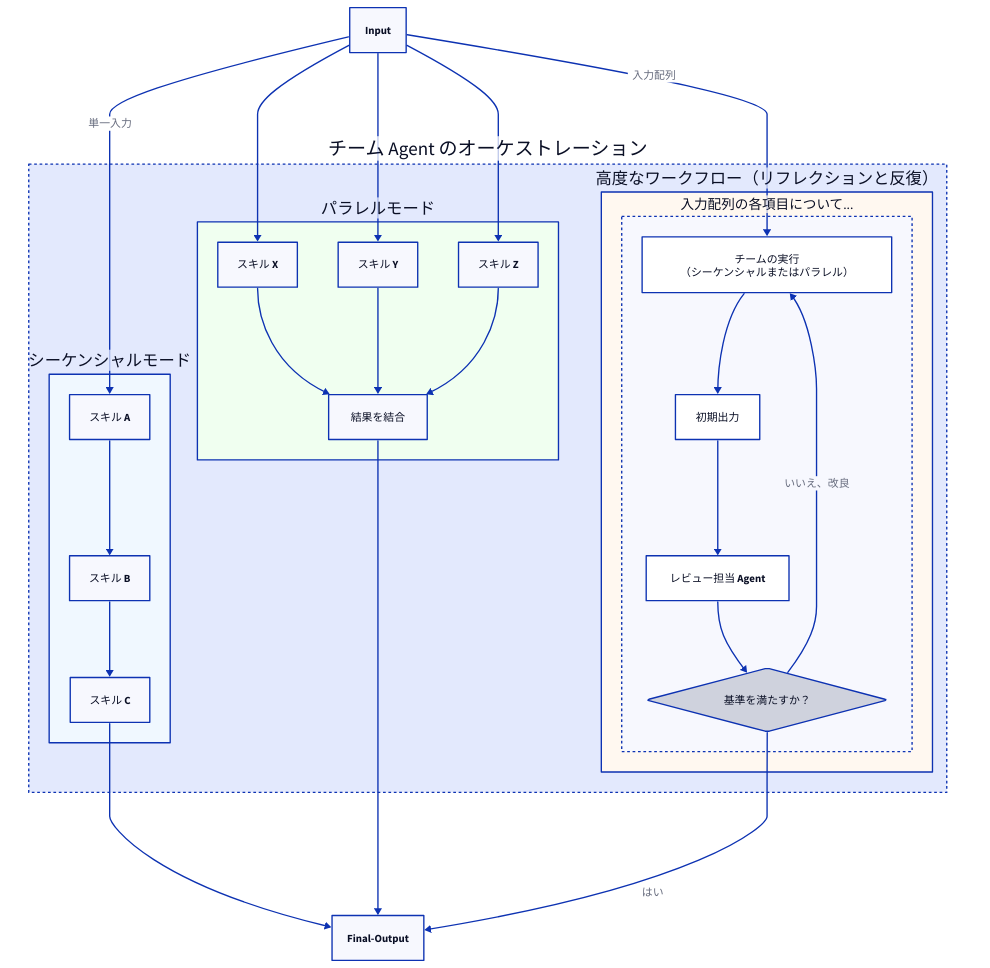
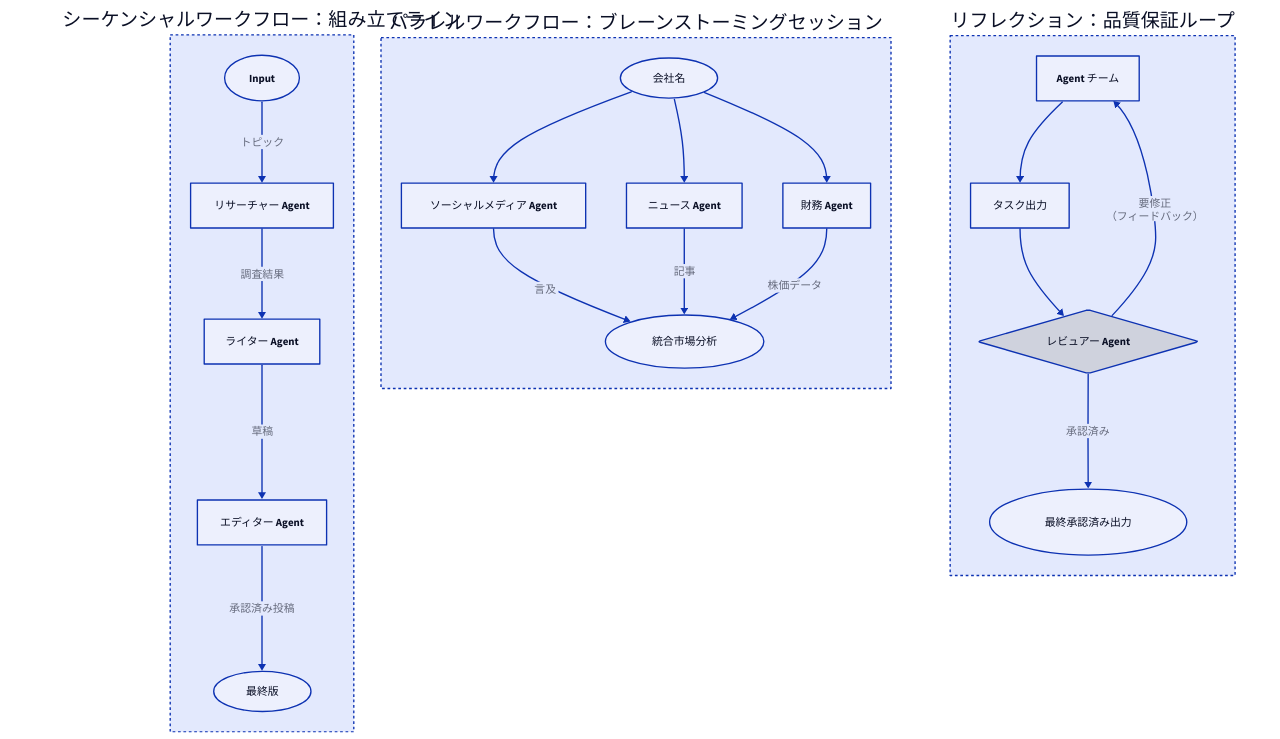
One commit to AIGNE-io/aigne-framework changed the diagram in .aigne/doc-smith/docs/user-guide-understanding-agents-agent-teams.ja.md. Above: the diagram before and after it, drawn with D2. The commit also changed other lines of this file and 191 other files, not shown here.

````diff
--- a/.aigne/doc-smith/docs/user-guide-understanding-agents-agent-teams.ja.md
+++ b/.aigne/doc-smith/docs/user-guide-understanding-agents-agent-teams.ja.md
@@ -19,70 +42,55 @@
 ```d2
 direction: down
 
-Input
-
-TeamAgent: {
-  label: "チーム Agent のオーケストレーション"
-  shape: rectangle
+Sequential-Workflow: {
+  label: "シーケンシャルワークフロー：組み立てライン"
   style.stroke-dash: 2
 
-  Sequential-Mode: {
-    label: "シーケンシャルモード"
-    shape: rectangle
-    style.fill: "#f0f8ff"
-    Skill-A: "スキル A"
-    Skill-B: "スキル B"
-    Skill-C: "スキル C"
-    Skill-A -> Skill-B -> Skill-C
-  }
+  Input: { shape: oval }
+  Researcher: "リサーチャー Agent"
+  Writer: "ライター Agent"
+  Editor: "エディター Agent"
+  Output: { label: "最終版"; shape: oval }
 
-  Parallel-Mode: {
-    label: "パラレルモード"
-    shape: rectangle
-    style.fill: "#f0fff0"
-    Skill-X: "スキル X"
-    Skill-Y: "スキル Y"
-    Skill-Z: "スキル Z"
-    Combine-Results: "結果を結合"
-    Skill-X -> Combine-Results
-    Skill-Y -> Combine-Results
-    Skill-Z -> Combine-Results
-  }
-
-  Advanced-Workflow: {
-    label: "高度なワークフロー（リフレクションと反復）"
-    shape: rectangle
-    style.fill: "#fff8f0"
-    Process-Item: {
-      label: "入力配列の各項目について..."
-      shape: rectangle
-      style.stroke-dash: 2
-      Team-Execution: "チームの実行\n（シーケンシャルまたはパラレル）"
-      Initial-Output: "初期出力"
-      Reviewer-Agent: "レビュー担当 Agent"
-      Meets-Criteria: {
-        label: "基準を満たすか？"
-        shape: diamond
-      }
-      Team-Execution -> Initial-Output
-      Initial-Output -> Reviewer-Agent
-      Reviewer-Agent -> Meets-Criteria
-      Meets-Criteria -> Team-Execution: "いいえ、改良"
-    }
-  }
+  Input -> Researcher: "トピック"
+  Researcher -> Writer: "調査結果"
+  Writer -> Editor: "草稿"
+  Editor -> Output: "承認済み投稿"
 }
 
-Final-Output
+Parallel-Workflow: {
+  label: "パラレルワークフロー：ブレーンストーミングセッション"
+  style.stroke-dash: 2
 
-Input -> TeamAgent.Sequential-Mode.Skill-A: "単一入力"
-TeamAgent.Sequential-Mode.Skill-C -> Final-Output
+  Input: { label: "会社名"; shape: oval }
+  Social-Media: "ソーシャルメディア Agent"
+  News: "ニュース Agent"
+  Financial: "財務 Agent"
+  Output: { label: "統合市場分析"; shape: oval }
 
-Input -> TeamAgent.Parallel-Mode.Skill-X
-Input -> TeamAgent.Parallel-Mode.Skill-Y
-Input -> TeamAgent.Parallel-Mode.Skill-Z
-TeamAgent.Parallel-Mode.Combine-Results -> Final-Output
+  Input -> Social-Media
+  Input -> News
+  Input -> Financial
+  Social-Media -> Output: "言及"
+  News -> Output: "記事"
+  Financial -> Output: "株価データ"
+}
 
-Input -> TeamAgent.Advanced-Workflow.Process-Item.Team-Execution: "入力配列"
-TeamAgent.Advanced-Workflow.Process-Item.Meets-Criteria -> Final-Output: "はい"
+Reflection-Workflow: {
+  label: "リフレクション：品質保証ループ"
+  style.stroke-dash: 2
 
+  Team: "Agent チーム"
+  Task-Output: "タスク出力"
+  Reviewer: {
+    label: "レビュアー Agent"
+    shape: diamond
+  }
+  Final-Output: { label: "最終承認済み出力"; shape: oval }
+
+  Team -> Task-Output
+  Task-Output -> Reviewer
+  Reviewer -> Final-Output: "承認済み"
+  Reviewer -> Team: "要修正\n（フィードバック）"
+}
 ```
````
